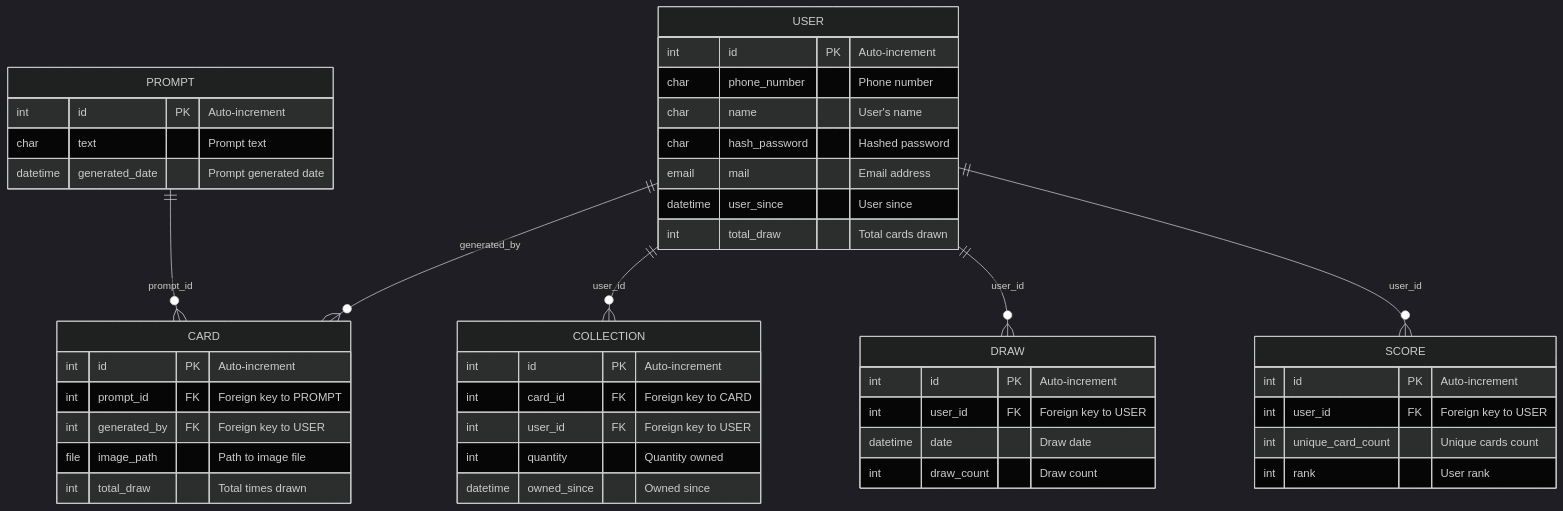
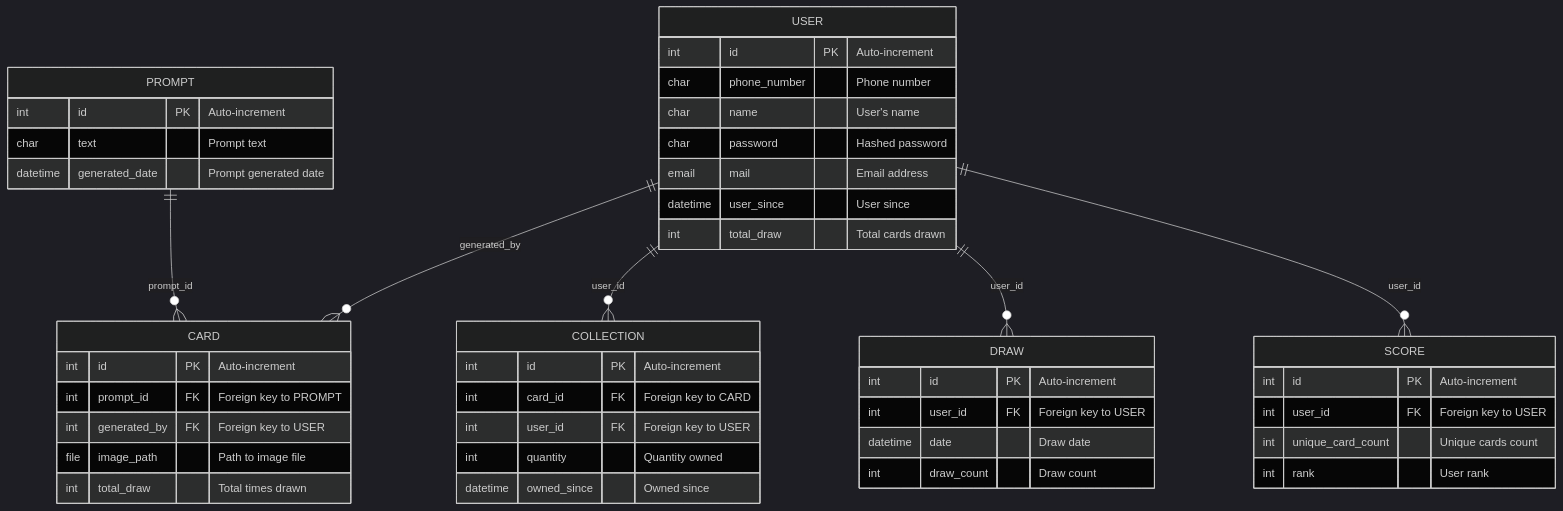
One commit to Ptitlu42/PoopProject changed the diagram in readme.md. Above: the diagram before and after it, drawn with Mermaid (dark theme). The commit also changed 5 other files, not shown here.

````diff
--- a/readme.md
+++ b/readme.md
@@ -60,53 +60,53 @@
 ```mermaid
 erDiagram
     USER ||--o{ CARD : "generated_by"
     USER {
         int id PK "Auto-increment"
         char phone_number "Phone number"
         char name "User's name"
-        char hash_password "Hashed password"
+        char password "Hashed password"
         email mail "Email address"
         datetime user_since "User since"
         int total_draw "Total cards drawn"
     }
     
     PROMPT ||--o{ CARD : "prompt_id"
     PROMPT {
         int id PK "Auto-increment"
         char text "Prompt text"
         datetime generated_date "Prompt generated date"
     }
     
     USER ||--o{ COLLECTION : "user_id"
     COLLECTION {
         int id PK "Auto-increment"
         int card_id FK "Foreign key to CARD"
         int user_id FK "Foreign key to USER"
         int quantity "Quantity owned"
         datetime owned_since "Owned since"
     }
     
     USER ||--o{ DRAW : "user_id"
     DRAW {
         int id PK "Auto-increment"
         int user_id FK "Foreign key to USER"
         datetime date "Draw date"
         int draw_count "Draw count"
     }
     
     CARD {
         int id PK "Auto-increment"
         int prompt_id FK "Foreign key to PROMPT"
         int generated_by FK "Foreign key to USER"
         file image_path "Path to image file"
         int total_draw "Total times drawn"
     }
     
     USER ||--o{ SCORE : "user_id"
     SCORE {
         int id PK "Auto-increment"
         int user_id FK "Foreign key to USER"
         int unique_card_count "Unique cards count"
         int rank "User rank"
     }
 ```
````
